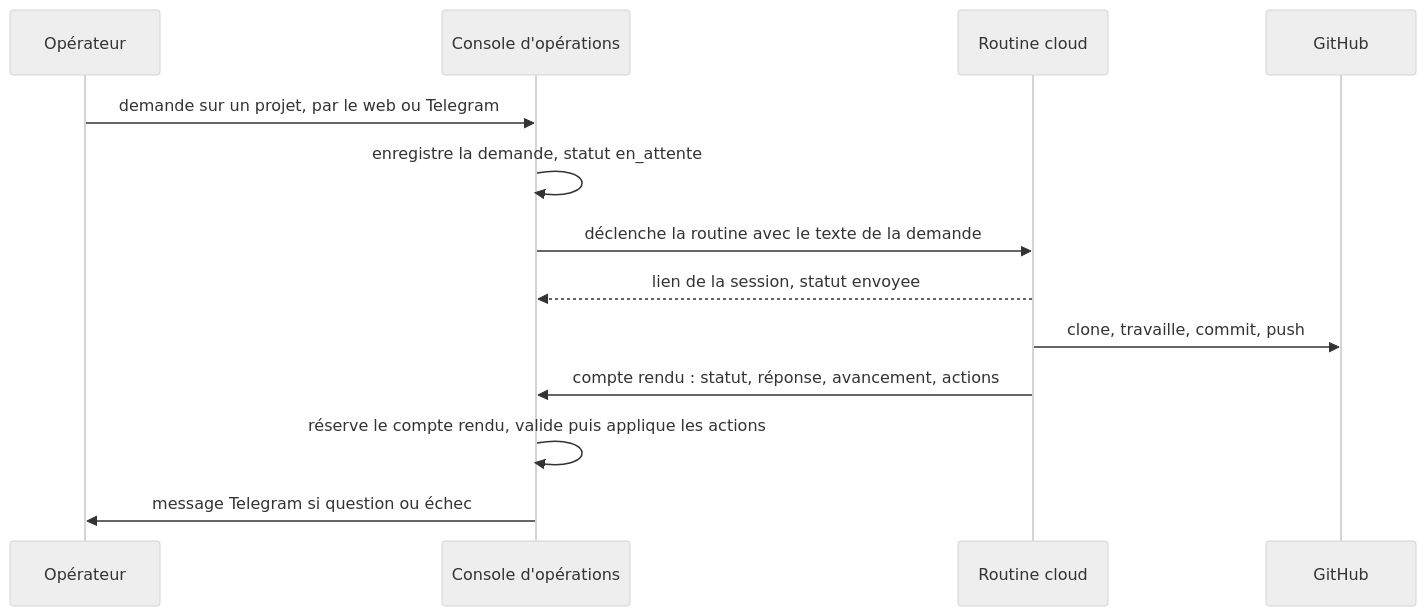
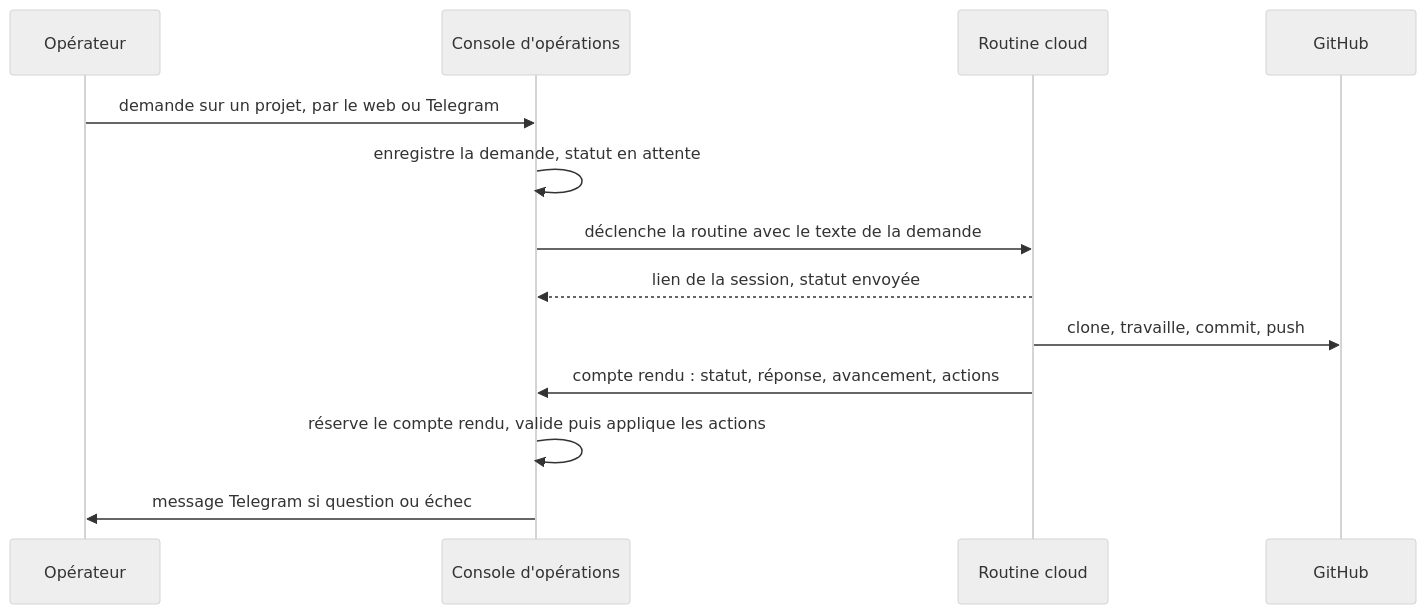
One commit to mathieurecatala/systeme-agents-ia changed the second of 4 diagrams in docs/architecture.md. Above: the diagram before and after it, drawn with Mermaid (neutral theme). The commit also changed other lines of this file and 4 other files, not shown here.

````diff
--- a/docs/architecture.md
+++ b/docs/architecture.md
@@ -62,16 +61,16 @@
 ```mermaid
 sequenceDiagram
     participant M as Opérateur
     participant S as Console d'opérations
     participant R as Routine cloud
     participant G as GitHub
 
     M->>S: demande sur un projet, par le web ou Telegram
-    S->>S: enregistre la demande, statut en_attente
+    S->>S: enregistre la demande, statut en attente
     S->>R: déclenche la routine avec le texte de la demande
-    R-->>S: lien de la session, statut envoyee
+    R-->>S: lien de la session, statut envoyée
     R->>G: clone, travaille, commit, push
     R->>S: compte rendu : statut, réponse, avancement, actions
     S->>S: réserve le compte rendu, valide puis applique les actions
     S->>M: message Telegram si question ou échec
 ```
````
